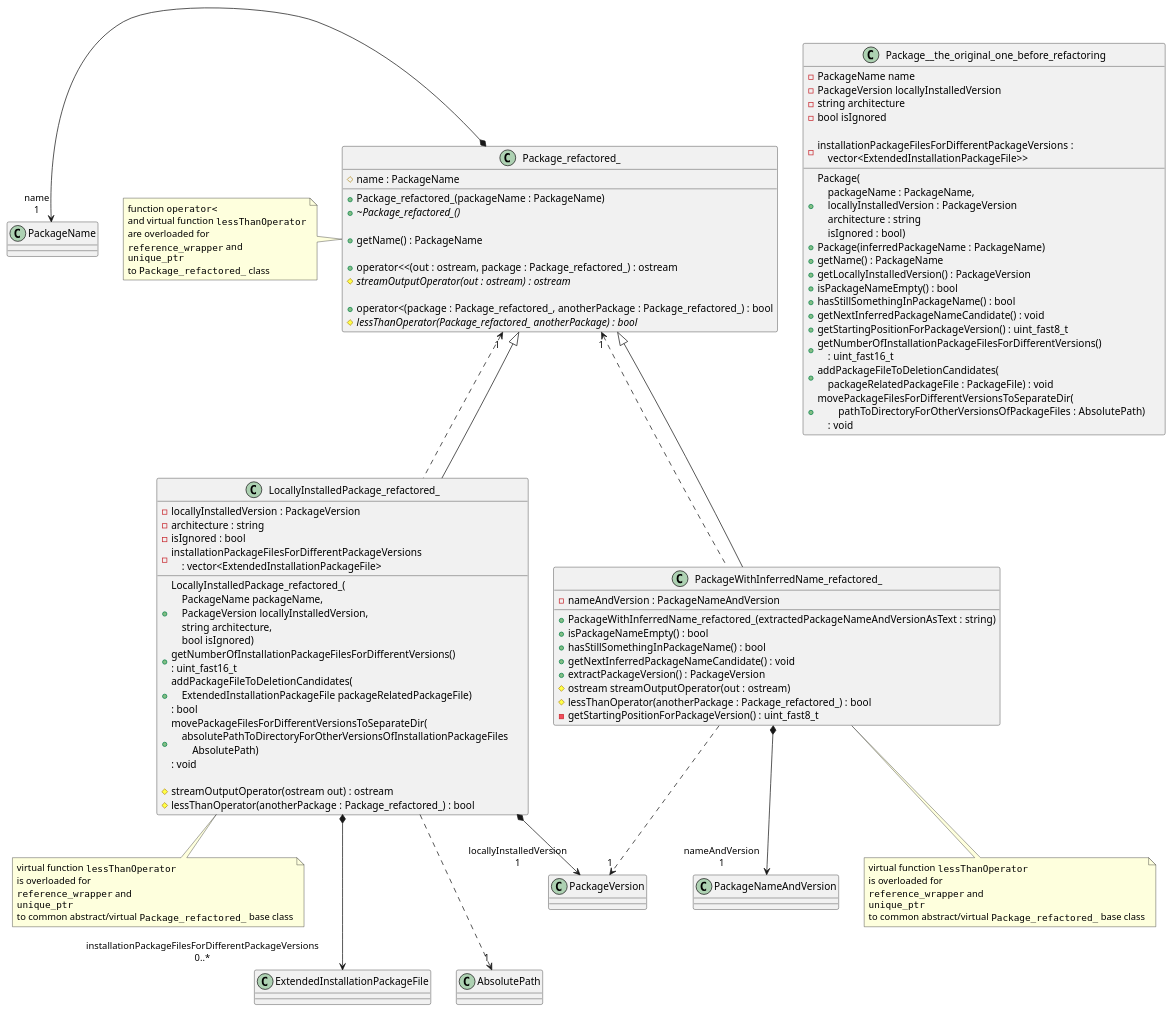
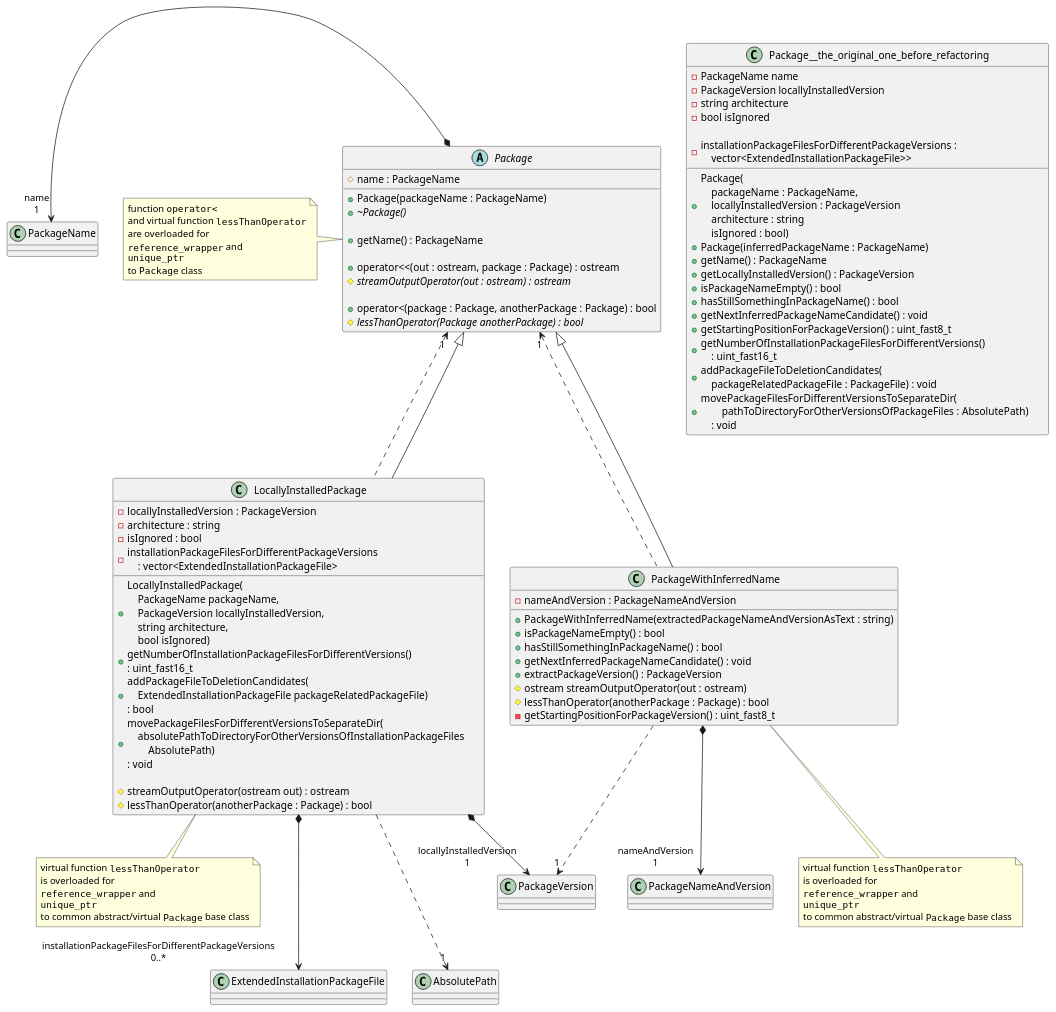
Before and after one commit to kyberdrb/clean_pacman_cache_dir: the diagram in Refactoring_Package_due_to_using_a_subset_of_features_for_packageWithInferredName_of_original_Package_type_and_initializing_the_rest_to_undefined_values-Class_diagram.puml, drawn with PlantUML. The commit also changed 15 other files, not shown here.

Commit message:
Update names and UML class diagram for 'Package' polymorphism

```diff
--- a/Refactoring_Package_due_to_using_a_subset_of_features_for_packageWithInferredName_of_original_Package_type_and_initializing_the_rest_to_undefined_values-Class_diagram.puml
+++ b/Refactoring_Package_due_to_using_a_subset_of_features_for_packageWithInferredName_of_original_Package_type_and_initializing_the_rest_to_undefined_values-Class_diagram.puml
@@ -1,116 +1,115 @@
 @startuml
 
 'Proposed solutions to avoid assigning reference member attributes to temporary values in single-argument constructor:
 ' - Inheritance/Implementation of interface - a class with only pure virtual functions with commonfunctions
 '   - overkill/not necessary - I don't use them in one container, neither I want to complicate my code with abstractions for simplicity and understandability
 ' - Splitting one 'PackageFile'
 '   - to two classes
 '   - then encapsulate the 'string' type 'filname' and 'absolutePath' member variables to custom defined classes 'Filename' and 'AbsolutePath' for expressivenes
 '   - Accepted solution
 
 class Package__the_original_one_before_refactoring {
     + Package(\
       \n    packageName : PackageName,\
       \n    locallyInstalledVersion : PackageVersion\
       \n    architecture : string\
       \n    isIgnored : bool)
     + Package(inferredPackageName : PackageName)
     + getName() : PackageName
     + getLocallyInstalledVersion() : PackageVersion
     + isPackageNameEmpty() : bool
     + hasStillSomethingInPackageName() : bool
     + getNextInferredPackageNameCandidate() : void
     + getStartingPositionForPackageVersion() : uint_fast8_t
     + getNumberOfInstallationPackageFilesForDifferentVersions()\
       \n    : uint_fast16_t
     + addPackageFileToDeletionCandidates(\
       \n    packageRelatedPackageFile : PackageFile) : void
     + movePackageFilesForDifferentVersionsToSeparateDir(\
       \n        pathToDirectoryForOtherVersionsOfPackageFiles : AbsolutePath)\
       \n    : void
 
     - PackageName name
     - PackageVersion locallyInstalledVersion
     - string architecture
     - bool isIgnored
 
     - installationPackageFilesForDifferentPackageVersions :\
       \n    vector<ExtendedInstallationPackageFile>>
 }
 
 'Analysis
 
-'TODO make >>> abstract <<< from the 'class Package_refactored_' ?
-class Package_refactored_ {
-    + Package_refactored_(packageName : PackageName)
-    + {abstract} ~Package_refactored_()
+abstract class Package {
+    + Package(packageName : PackageName)
+    + {abstract} ~Package()
 
     + getName() : PackageName
 
-    + operator<<(out : ostream, package : Package_refactored_) : ostream
+    + operator<<(out : ostream, package : Package) : ostream
     # {abstract} streamOutputOperator(out : ostream) : ostream
 
-    + operator<(package : Package_refactored_, anotherPackage : Package_refactored_) : bool
-    # {abstract} lessThanOperator(Package_refactored_ anotherPackage) : bool
+    + operator<(package : Package, anotherPackage : Package) : bool
+    # {abstract} lessThanOperator(Package anotherPackage) : bool
 
     # name : PackageName
 }
 
-note left of Package_refactored_: function ""operator<""\nand virtual function ""lessThanOperator""\nare overloaded for\n""reference_wrapper"" and\n""unique_ptr""\nto ""Package_refactored_"" class
+note left of Package: function ""operator<""\nand virtual function ""lessThanOperator""\nare overloaded for\n""reference_wrapper"" and\n""unique_ptr""\nto ""Package"" class
 
-Package_refactored_ *-l-> "name\n1" PackageName
+Package *-l-> "name\n1" PackageName
 
-class PackageWithInferredName_refactored_ {
-    + PackageWithInferredName_refactored_(extractedPackageNameAndVersionAsText : string)
+class PackageWithInferredName {
+    + PackageWithInferredName(extractedPackageNameAndVersionAsText : string)
     + isPackageNameEmpty() : bool
     + hasStillSomethingInPackageName() : bool
     + getNextInferredPackageNameCandidate() : void
     + extractPackageVersion() : PackageVersion
     # ostream streamOutputOperator(out : ostream)
-    # lessThanOperator(anotherPackage : Package_refactored_) : bool
+    # lessThanOperator(anotherPackage : Package) : bool
 
     - nameAndVersion : PackageNameAndVersion
     - getStartingPositionForPackageVersion() : uint_fast8_t
 }
 
-Package_refactored_ <|-u- PackageWithInferredName_refactored_
-PackageWithInferredName_refactored_ .u.> "1" Package_refactored_
-PackageWithInferredName_refactored_ .d.> "1" PackageVersion
-PackageWithInferredName_refactored_ *-d-> "nameAndVersion\n1" PackageNameAndVersion
+Package <|-u- PackageWithInferredName
+PackageWithInferredName .u.> "1" Package
+PackageWithInferredName .d.> "1" PackageVersion
+PackageWithInferredName *-d-> "nameAndVersion\n1" PackageNameAndVersion
 
-note bottom of PackageWithInferredName_refactored_: virtual function ""lessThanOperator""\nis overloaded for\n""reference_wrapper"" and\n""unique_ptr""\nto common abstract/virtual ""Package_refactored_"" base class
+note bottom of PackageWithInferredName: virtual function ""lessThanOperator""\nis overloaded for\n""reference_wrapper"" and\n""unique_ptr""\nto common abstract/virtual ""Package"" base class
 
-class LocallyInstalledPackage_refactored_ {
-    + LocallyInstalledPackage_refactored_(\
+class LocallyInstalledPackage {
+    + LocallyInstalledPackage(\
       \n    PackageName packageName,\
       \n    PackageVersion locallyInstalledVersion,\
       \n    string architecture,\
       \n    bool isIgnored)
     + getNumberOfInstallationPackageFilesForDifferentVersions()\
       \n: uint_fast16_t
     + addPackageFileToDeletionCandidates(\
       \n    ExtendedInstallationPackageFile packageRelatedPackageFile)\
       \n: bool
     + movePackageFilesForDifferentVersionsToSeparateDir(\
       \n    absolutePathToDirectoryForOtherVersionsOfInstallationPackageFiles\
       \n        AbsolutePath)\
       \n: void
 
     # streamOutputOperator(ostream out) : ostream
-    # lessThanOperator(anotherPackage : Package_refactored_) : bool
+    # lessThanOperator(anotherPackage : Package) : bool
 
     - locallyInstalledVersion : PackageVersion
     - architecture : string
     - isIgnored : bool
     - installationPackageFilesForDifferentPackageVersions\
       \n    : vector<ExtendedInstallationPackageFile>
 }
 
-note bottom of LocallyInstalledPackage_refactored_: virtual function ""lessThanOperator""\nis overloaded for\n""reference_wrapper"" and\n""unique_ptr""\nto common abstract/virtual ""Package_refactored_"" base class
+note bottom of LocallyInstalledPackage: virtual function ""lessThanOperator""\nis overloaded for\n""reference_wrapper"" and\n""unique_ptr""\nto common abstract/virtual ""Package"" base class
 
-Package_refactored_ <|-u- LocallyInstalledPackage_refactored_
-LocallyInstalledPackage_refactored_ .u.> "1" Package_refactored_
-LocallyInstalledPackage_refactored_ *-d-> "locallyInstalledVersion\n1" PackageVersion
-LocallyInstalledPackage_refactored_ *---> "installationPackageFilesForDifferentPackageVersions\n0..*" ExtendedInstallationPackageFile
-LocallyInstalledPackage_refactored_ ...> "1" AbsolutePath
+Package <|-u- LocallyInstalledPackage
+LocallyInstalledPackage .u.> "1" Package
+LocallyInstalledPackage *-d-> "locallyInstalledVersion\n1" PackageVersion
+LocallyInstalledPackage *---> "installationPackageFilesForDifferentPackageVersions\n0..*" ExtendedInstallationPackageFile
+LocallyInstalledPackage ...> "1" AbsolutePath
 @enduml
```
